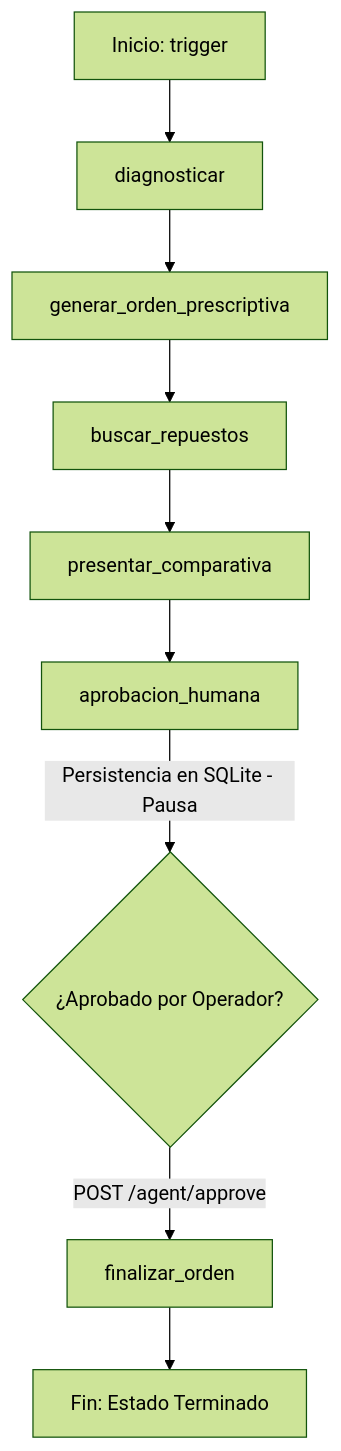
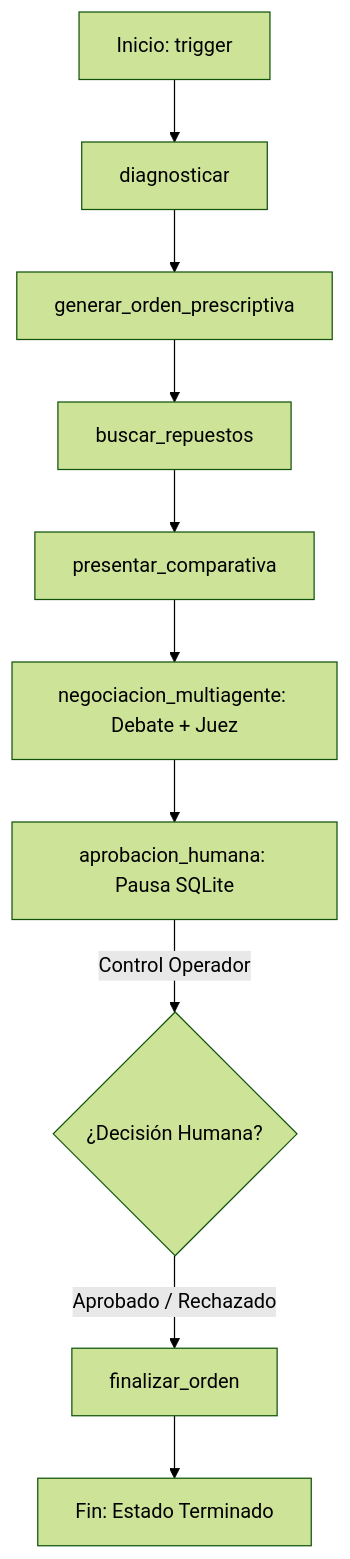
One commit to AnGuzC74/factoryguard-api changed the second of 2 diagrams in README.md. Above: the diagram before and after it, drawn with Mermaid (forest theme). The commit also changed other lines of this file and 8 other files, not shown here.

Commit message:
Implement Multi-Agent Negotiation and Deterministic Juez Evaluator with visual Streamlit dashboard integration and offline-friendly fallbacks

````diff
--- a/README.md
+++ b/README.md
@@ -161,11 +166,12 @@
 ```mermaid
 flowchart TD
     A[Inicio: trigger] --> B[diagnosticar]
     B --> C[generar_orden_prescriptiva]
     C --> D[buscar_repuestos]
     D --> E[presentar_comparativa]
-    E --> F[aprobacion_humana]
-    F -->|Persistencia en SQLite - Pausa| G{¿Aprobado por Operador?}
-    G -->|POST /agent/approve| H[finalizar_orden]
-    H --> I[Fin: Estado Terminado]
+    E --> F[negociacion_multiagente: Debate + Juez]
+    F --> G[aprobacion_humana: Pausa SQLite]
+    G -->|Control Operador| H{¿Decisión Humana?}
+    H -->|Aprobado / Rechazado| I[finalizar_orden]
+    I --> J[Fin: Estado Terminado]
 ```
````
